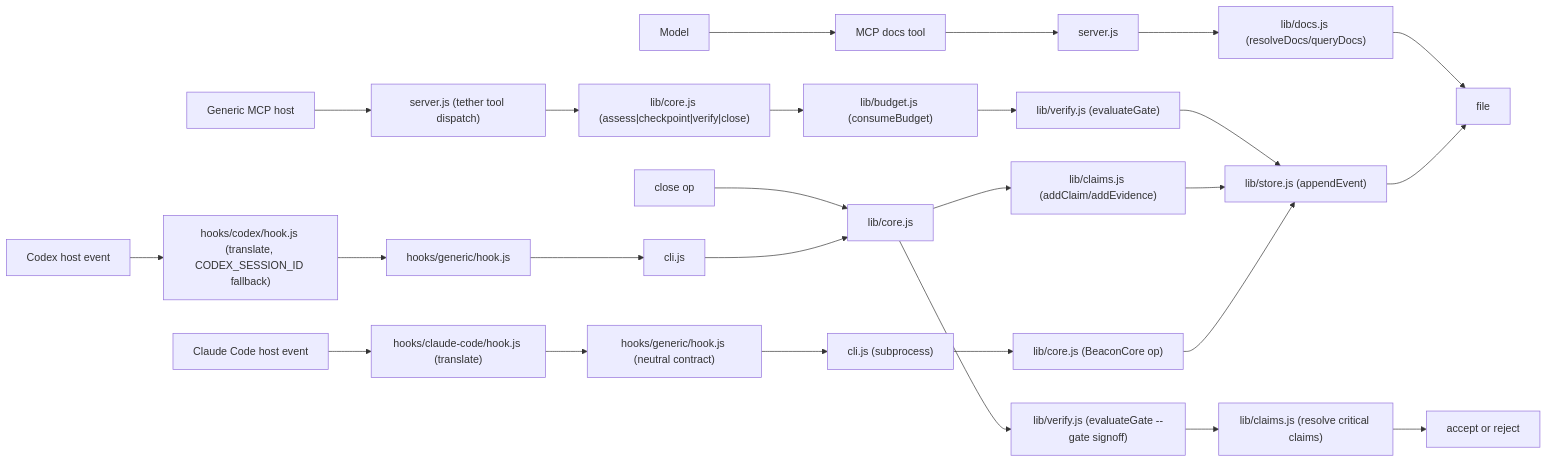
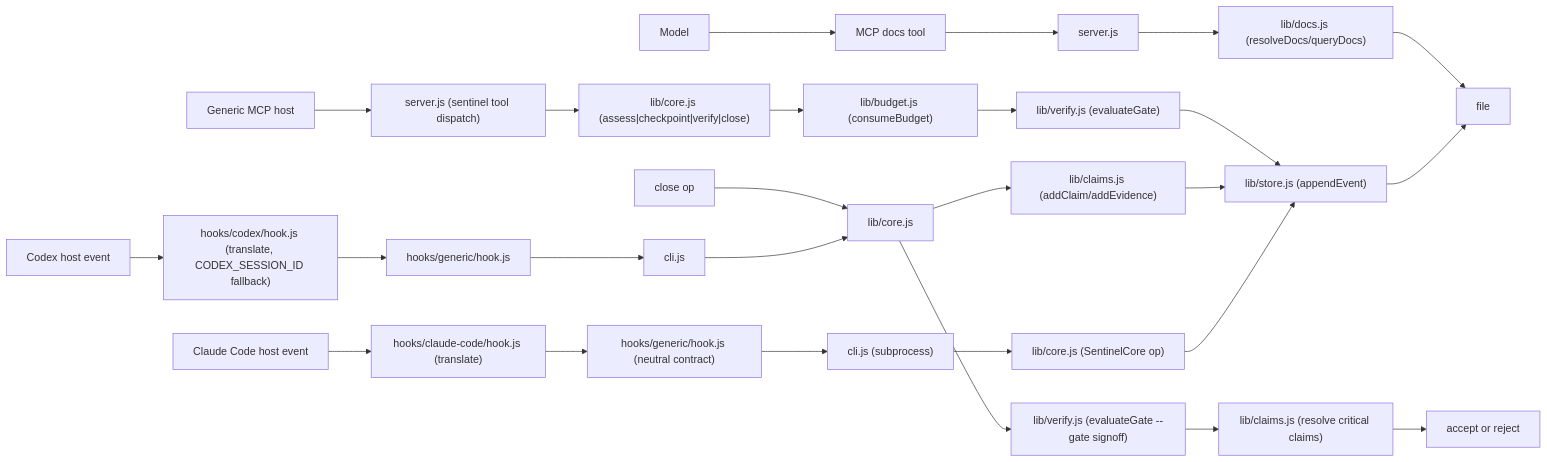
Before and after one commit to Orthic-Labs/Sentinel: the diagram in docs/architecture.md, drawn with Mermaid. The commit also changed other lines of this file and 32 other files, not shown here.

````diff
--- a/docs/architecture.md
+++ b/docs/architecture.md
@@ -13,55 +13,55 @@
 ```mermaid
 flowchart LR
   %% component workflow from .agent/understanding.json
   c0["Claude Code host event"]
   c1["hooks/claude-code/hook.js (translate)"]
   c2["hooks/generic/hook.js (neutral contract)"]
   c3["cli.js (subprocess)"]
-  c4["lib/core.js (BeaconCore op)"]
+  c4["lib/core.js (SentinelCore op)"]
   c5["lib/store.js (appendEvent)"]
   c6["file"]
   c7["Codex host event"]
   c8["hooks/codex/hook.js (translate, CODEX_SESSION_ID fallback)"]
   c9["hooks/generic/hook.js"]
   c10["cli.js"]
   c11["lib/core.js"]
   c12["lib/claims.js (addClaim/addEvidence)"]
   c13["Generic MCP host"]
-  c14["server.js (tether tool dispatch)"]
+  c14["server.js (sentinel tool dispatch)"]
   c15["lib/core.js (assess|checkpoint|verify|close)"]
   c16["lib/budget.js (consumeBudget)"]
   c17["lib/verify.js (evaluateGate)"]
   c18["close op"]
   c19["lib/verify.js (evaluateGate --gate signoff)"]
   c20["lib/claims.js (resolve critical claims)"]
   c21["accept or reject"]
   c22["Model"]
   c23["MCP docs tool"]
   c24["server.js"]
   c25["lib/docs.js (resolveDocs/queryDocs)"]
   c0 --> c1
   c1 --> c2
   c2 --> c3
   c3 --> c4
   c4 --> c5
   c5 --> c6
   c7 --> c8
   c8 --> c9
   c9 --> c10
   c10 --> c11
   c11 --> c12
   c12 --> c5
   c13 --> c14
   c14 --> c15
   c15 --> c16
   c16 --> c17
   c17 --> c5
   c18 --> c11
   c11 --> c19
   c19 --> c20
   c20 --> c21
   c22 --> c23
   c23 --> c24
   c24 --> c25
   c25 --> c6
 ```
````
